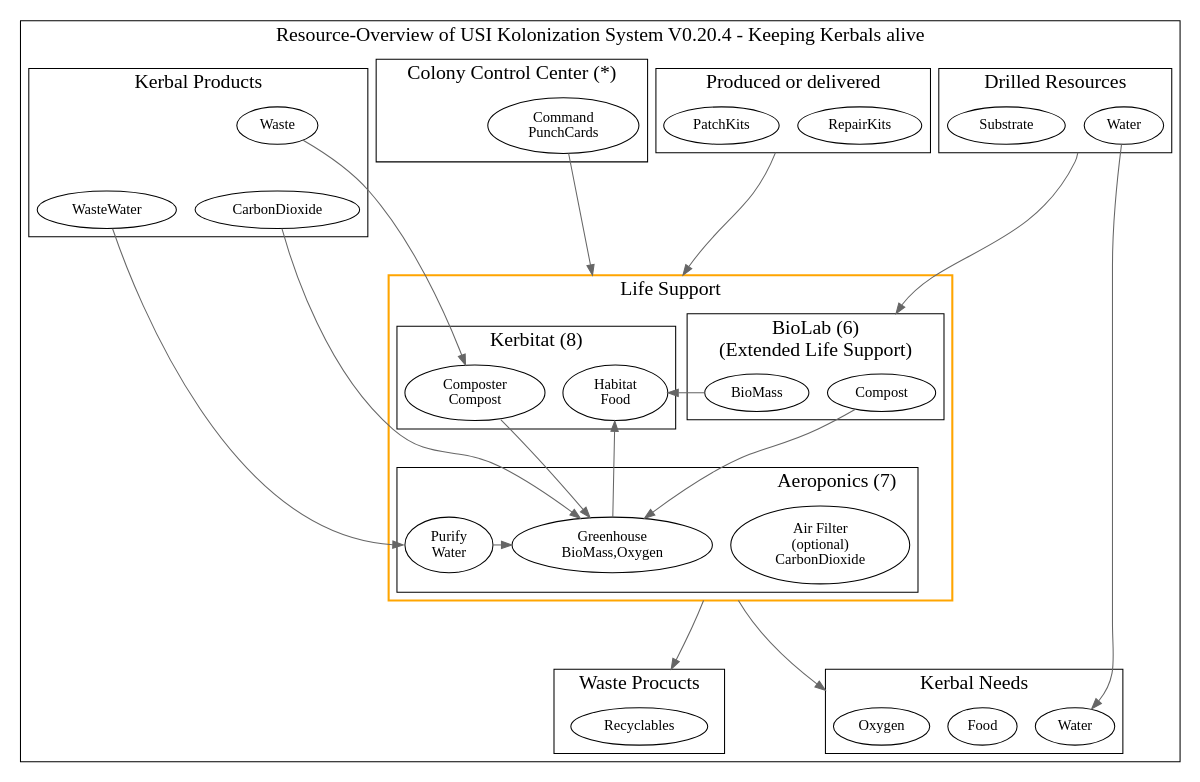
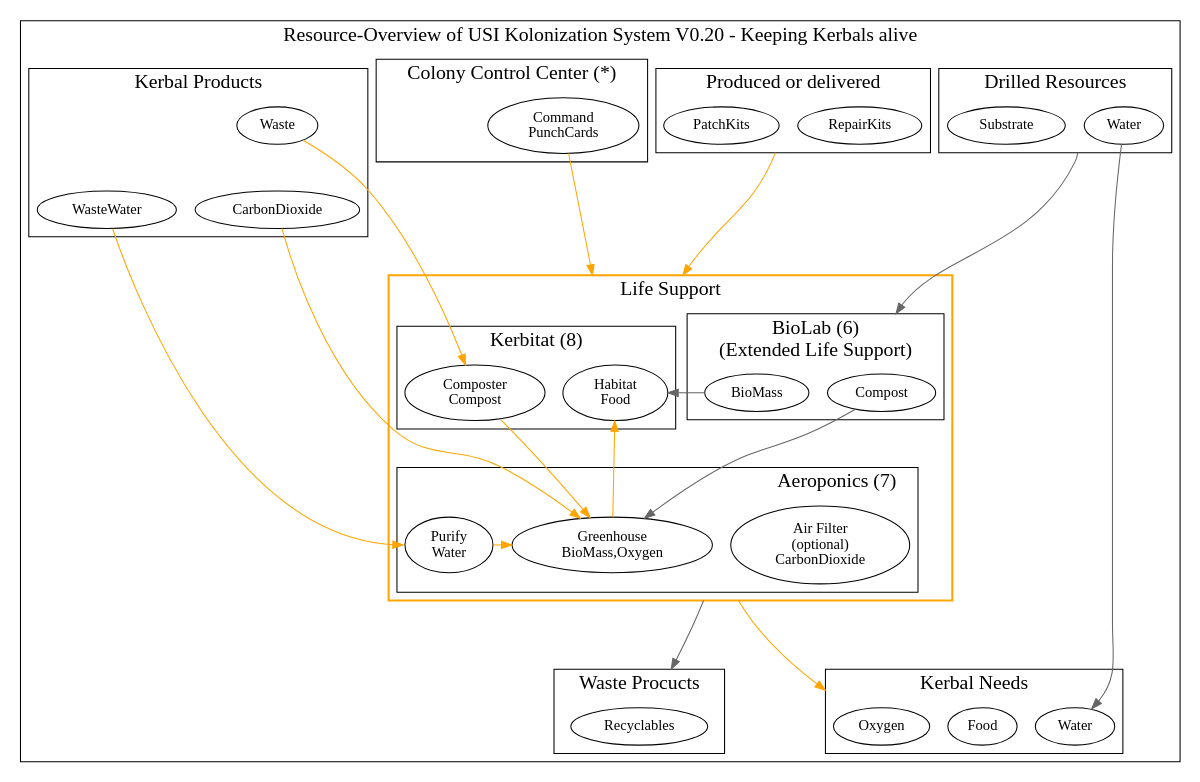
Before and after one commit to mhoram-kerbin/USI-Kolonization-Systems-Resources: the diagram in LifeSupport.dot, drawn with Graphviz. The commit also changed 3 other files, not shown here.

```diff
--- a/LifeSupport.dot
+++ b/LifeSupport.dot
@@ -1,128 +1,128 @@
 /* -*- coding: utf-8; -*-
 Overview over USI Kolonization System Resources
 Copyright 2014 By Mhoram
 
 This Work may be distributed under the Creative Commons
 Attribution-ShareAlike 4.0 International or Creative Commons
 Attribution-NonCommercial-ShareAlike 4.0 International License as you
 chose.
 
 */
 
 # dot -Tpdf -o LifeSupport.pdf LifeSupport.dot
 # dot -Tpng -o LifeSupport.png LifeSupport.dot
 
 digraph Resources {
     compound=true;
 
     subgraph clusterLIFE {
-        graph [label="Resource-Overview of USI Kolonization System V0.20.4 - Keeping Kerbals alive" fontsize=19];
+        graph [label="Resource-Overview of USI Kolonization System V0.20 - Keeping Kerbals alive" fontsize=19];
 
         subgraph clusterDRILLS {
             label="Drilled Resources";
             LSubstrate [label="Substrate"];
             Water;
         }
 
         subgraph clusterProducts {
             label="Produced or delivered";
             PatchKitsL [label="PatchKits"];
             RepairKitsL [label="RepairKits"];
         }
 
         subgraph clusterCCC {
             label="Colony Control Center (*)";
             Command [label="Command\nPunchCards"];
         }
 
         subgraph clusterKerbal {
             label="Kerbal Products";
             Waste;
             WasteWater;
             CarbonDioxide;
             Waste -> CarbonDioxide [weight=10,style=invisible,arrowhead=none];
             Waste -> WasteWater [style=invisible,arrowhead=none];
         }
 
         subgraph clusterKerbalNeeds {
             label="Kerbal Needs";
             Oxygen;
             Food;
             WaterN [label="Water"];
         }
 
         subgraph clusterLIFESUPPORT {
             label="Life Support";
             color="orange";penwidth=2;
             subgraph  {
                 color="black";penwidth=1;
                 subgraph clusterKerbitat {
                     label="Kerbitat (8)";
                     Composter [label="Composter\nCompost"];
                     Habitat [label="Habitat\nFood"];
                     {
                         rank = same;
                         rankdir=LR;
                         edge [minlen=0];
                         Composter->Habitat [style=invisible,arrowhead=none];
                     }
                 }
 
                 subgraph clusterBIOLAB {
                     label="BioLab (6)\n(Extended Life Support)";
                     BioMass;
                     Compost;
                 }
             }
 
             subgraph clusterAeroponics {
                 label="Aeroponics (7)";
                 labeljust="r";
                 color="black"; penwidth=1;
                 "Air Filter" [label="Air Filter\n(optional)\nCarbonDioxide"];
                 Greenhouse [label="Greenhouse\nBioMass,Oxygen"];
                 Purify [label="Purify\nWater"];
                 edge [color="#666666"];
 
-                Purify -> Greenhouse[constraint = false];
+                Purify -> Greenhouse[constraint = false,color=orange];
             }
 
             edge [minlen=2, color="#666666"];
-            Composter -> Greenhouse [tailport=se];
-            Greenhouse -> Habitat [constraint = false];
+            Composter -> Greenhouse [tailport=se,color=orange];
+            Greenhouse -> Habitat [constraint = false,color=orange];
             BioMass -> Habitat [constraint = false];
             Compost -> Greenhouse;
 
         }
 
         subgraph clusterRecyclablesL {
             label="Waste Procucts";
             RecyclablesL [label="Recyclables"];
             Oxygen;
             Food;
         }
 
 
         edge [minlen=3, color="#666666"];
 
 
-        Waste -> Composter;
-        WasteWater -> Purify [headport=w];
-        CarbonDioxide -> Greenhouse [];
+        Waste -> Composter [color=orange];
+        WasteWater -> Purify [headport=w,color=orange];
+        CarbonDioxide -> Greenhouse [color=orange];
 
-        PatchKitsL -> Habitat [lhead=clusterLIFESUPPORT,ltail=clusterProducts,tailport=e];
+        PatchKitsL -> Habitat [lhead=clusterLIFESUPPORT,ltail=clusterProducts,tailport=e,color=orange];
         RepairKitsL -> BioMass [lhead=clusterLIFESUPPORT,style=invisible,arrowhead=none];
 
-        "Air Filter" -> Oxygen [lhead=clusterKerbalNeeds; ltail=clusterLIFESUPPORT,tailport=w];
+        "Air Filter" -> Oxygen [lhead=clusterKerbalNeeds; ltail=clusterLIFESUPPORT,tailport=w,color=orange];
         Water -> WaterN [headport=ne];
 #        Water -> Compost [lhead=clusterBIOLAB];
         LSubstrate -> Compost [lhead=clusterBIOLAB,ltail=clusterDRILLS,style=invisible,arrowhead=none];
         Water -> Compost [lhead=clusterBIOLAB,ltail=clusterDRILLS, tailport=nw,headport=n];
 
-        Command -> Habitat [lhead=clusterLIFESUPPORT, weight=2];
+        Command -> Habitat [lhead=clusterLIFESUPPORT, weight=2,color=orange];
 
         Greenhouse -> RecyclablesL [ltail=clusterLIFESUPPORT,lhead=clusterRecyclablesL,tailport=ne];
 
     }
 
 }
```
